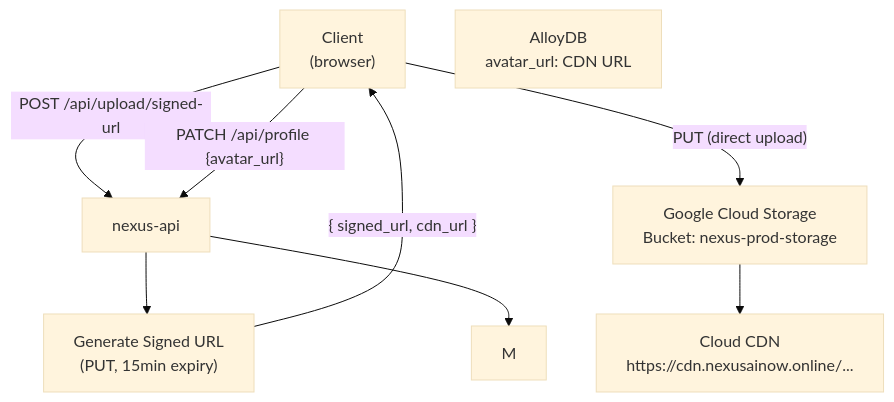
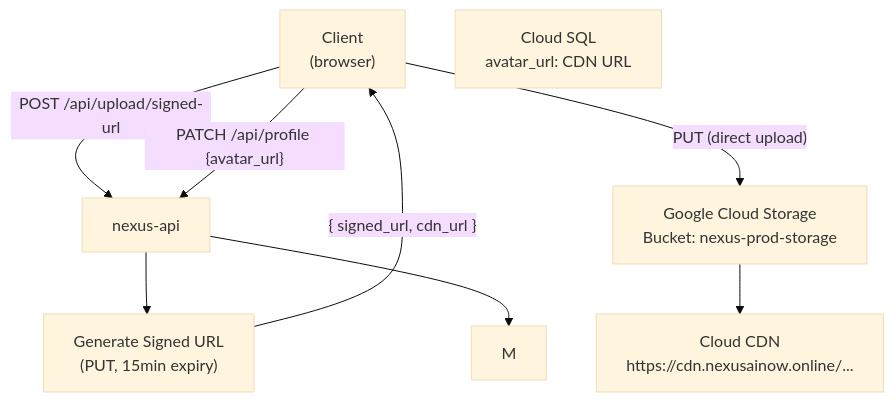
Before and after one commit to Nexus-chat-5039/Nexus-chat: diagram 14 of 24 in ARCHITECTURE.md, drawn with Mermaid (base theme). The commit also changed other lines of this file and 38 other files, not shown here.

Commit message:
feat: implement minimal architecture with custom JWT auth

````diff
--- a/ARCHITECTURE.md
+++ b/ARCHITECTURE.md
@@ -963,17 +991,17 @@
 ```mermaid
 flowchart TD
     C["Client\n(browser)"]
     API["nexus-api"]
     SIGN["Generate Signed URL\n(PUT, 15min expiry)"]
     GCS["Google Cloud Storage\nBucket: nexus-prod-storage"]
     CDN["Cloud CDN\nhttps://cdn.nexusainow.online/..."]
-    P["AlloyDB\navatar_url: CDN URL"]
+    P["Cloud SQL\navatar_url: CDN URL"]
 
     C -->|"POST /api/upload/signed-url"| API
     API --> SIGN
     SIGN -->|"{ signed_url, cdn_url }"| C
     C -->|"PUT (direct upload)"| GCS
     GCS --> CDN
     C -->|"PATCH /api/profile {avatar_url}"| API
     API --> M
 ```
````
